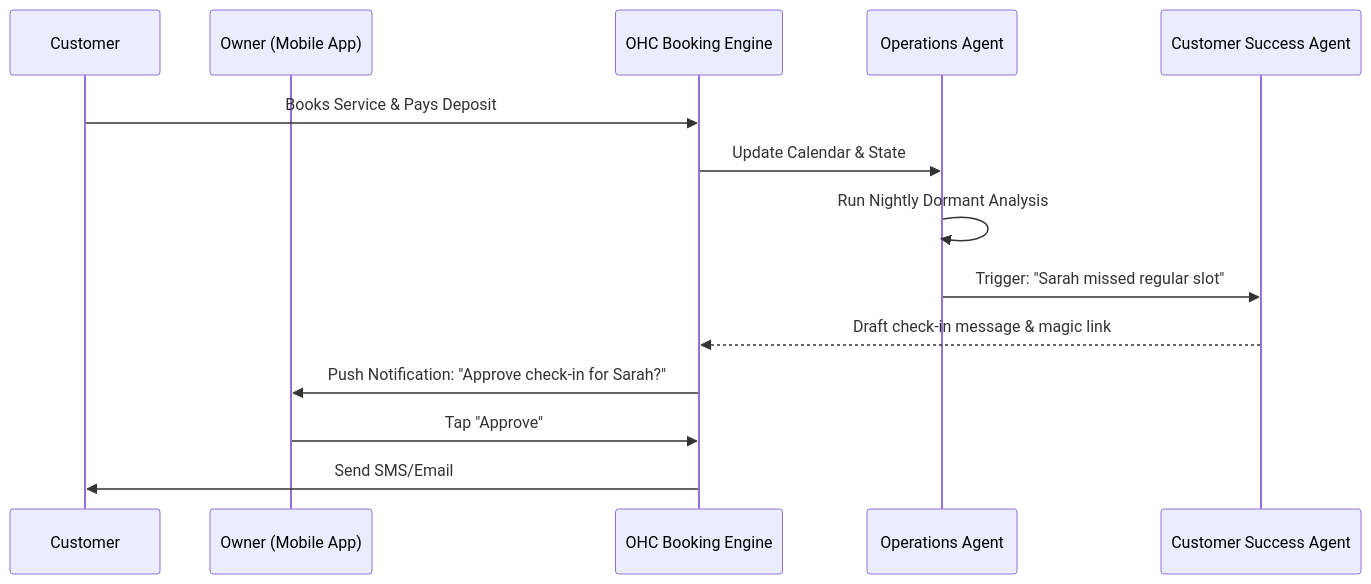
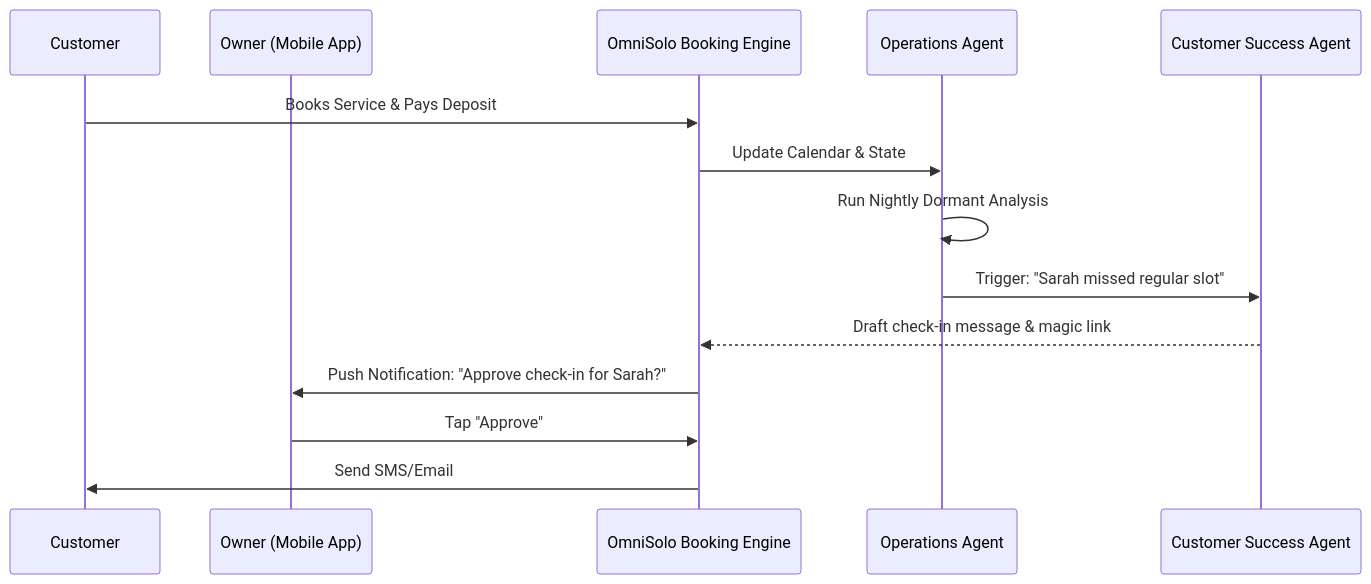
One commit to omnisolo-llc/onehumancorp changed the first of 2 diagrams in docs/autonomous_unified_booking_engine.md. Above: the diagram before and after it, drawn with Mermaid. The commit also changed other lines of this file and 2191 other files, not shown here.

Commit message:
feat: complete OmniSolo rename and browser audit

````diff
--- a/docs/autonomous_unified_booking_engine.md
+++ b/docs/autonomous_unified_booking_engine.md
@@ -5,17 +5,17 @@
 ```mermaid
 sequenceDiagram
     participant Customer
     participant OwnerApp as Owner (Mobile App)
-    participant OHC as OHC Booking Engine
+    participant OmniSolo as OmniSolo Booking Engine
     participant OpsAgent as Operations Agent
     participant CSAgent as Customer Success Agent
 
-    Customer->>OHC: Books Service & Pays Deposit
-    OHC->>OpsAgent: Update Calendar & State
+    Customer->>OmniSolo: Books Service & Pays Deposit
+    OmniSolo->>OpsAgent: Update Calendar & State
     OpsAgent->>OpsAgent: Run Nightly Dormant Analysis
     OpsAgent->>CSAgent: Trigger: "Sarah missed regular slot"
-    CSAgent-->>OHC: Draft check-in message & magic link
-    OHC->>OwnerApp: Push Notification: "Approve check-in for Sarah?"
-    OwnerApp->>OHC: Tap "Approve"
-    OHC->>Customer: Send SMS/Email
+    CSAgent-->>OmniSolo: Draft check-in message & magic link
+    OmniSolo->>OwnerApp: Push Notification: "Approve check-in for Sarah?"
+    OwnerApp->>OmniSolo: Tap "Approve"
+    OmniSolo->>Customer: Send SMS/Email
 ```
````
